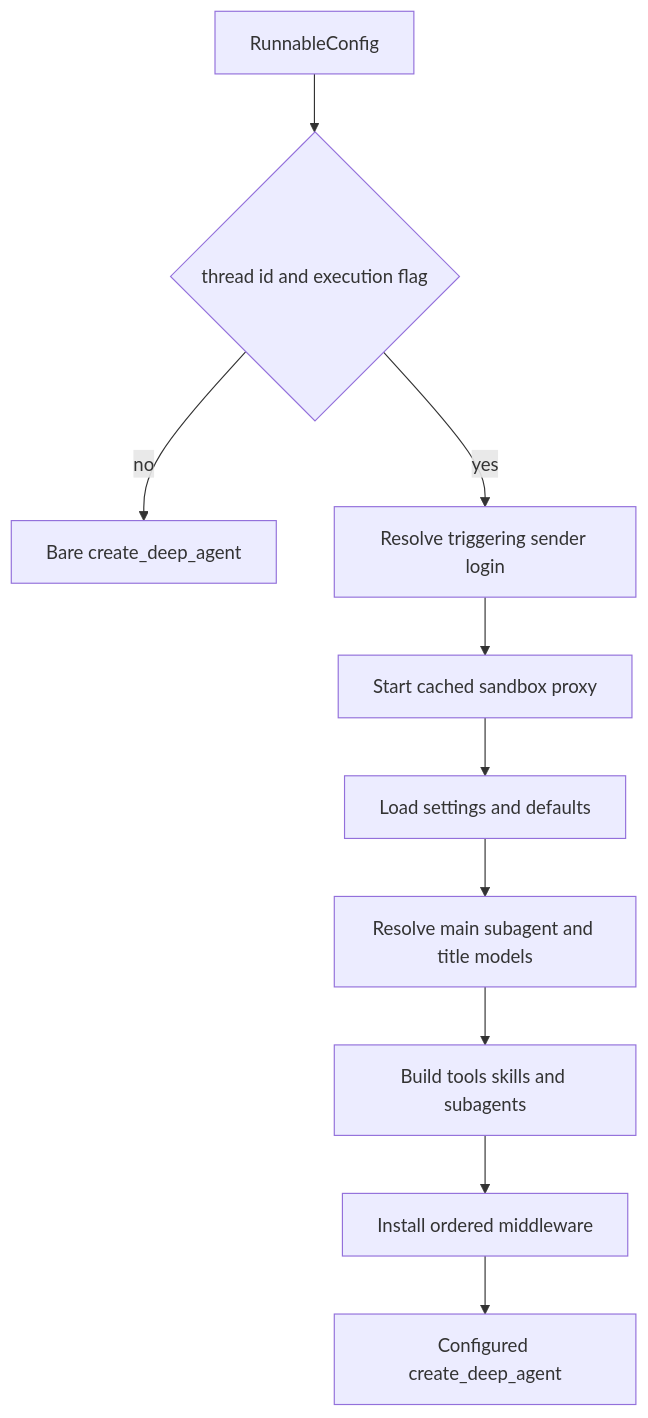
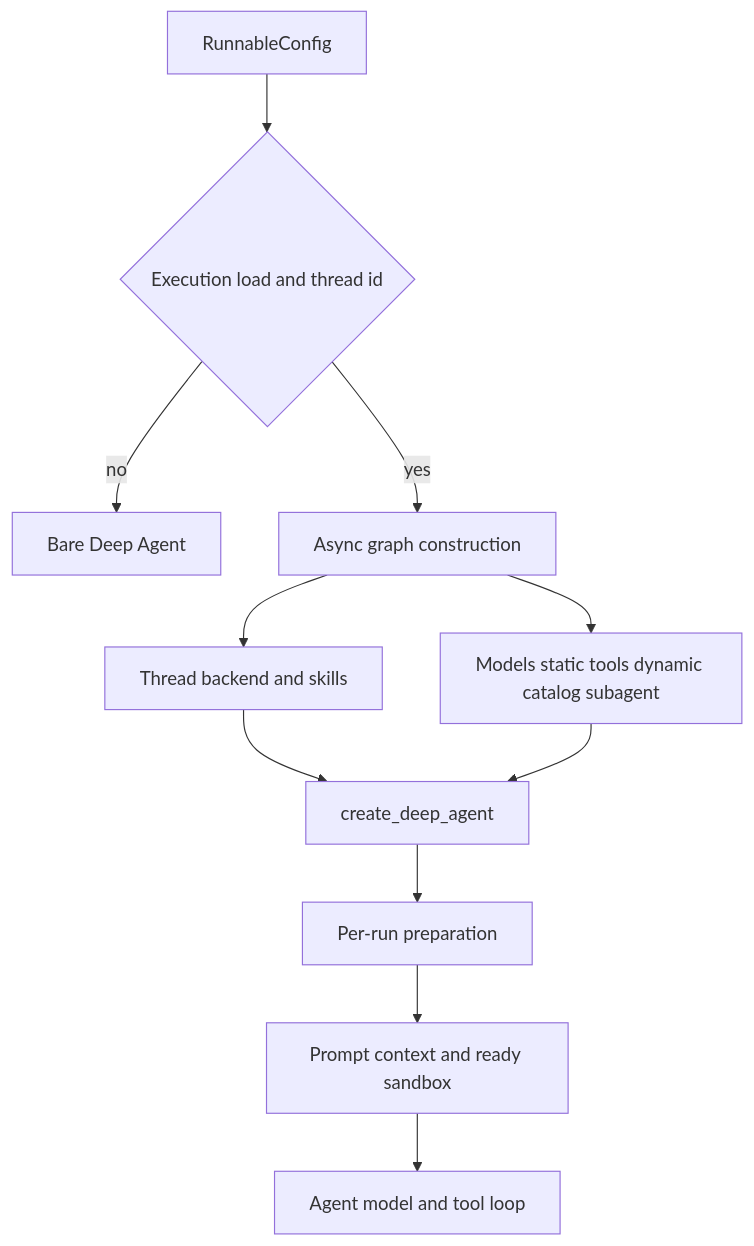
One commit to langchain-ai/open-swe changed the diagram in openwiki/architecture/agent-graph.md. Above: the diagram before and after it, drawn with Mermaid. The commit also changed other lines of this file and 52 other files, not shown here.

````diff
--- a/openwiki/architecture/agent-graph.md
+++ b/openwiki/architecture/agent-graph.md
@@ -61,12 +42,13 @@
 ```mermaid
 flowchart TD
-    Input["RunnableConfig"] --> Gate{"thread id and execution flag"}
-    Gate -- no --> Bare["Bare create_deep_agent"]
-    Gate -- yes --> Sender["Resolve triggering sender login"]
-    Sender --> Proxy["Start cached sandbox proxy"]
-    Proxy --> Settings["Load settings and defaults"]
-    Settings --> Models["Resolve main subagent and title models"]
-    Models --> Surface["Build tools skills and subagents"]
-    Surface --> Stack["Install ordered middleware"]
-    Stack --> Graph["Configured create_deep_agent"]
+    Input["RunnableConfig"] --> Gate{"Execution load and thread id"}
+    Gate -- no --> Bare["Bare Deep Agent"]
+    Gate -- yes --> Build["Async graph construction"]
+    Build --> Backend["Thread backend and skills"]
+    Build --> Surface["Models static tools dynamic catalog subagent"]
+    Backend --> Compile["create_deep_agent"]
+    Surface --> Compile
+    Compile --> Prepare["Per-run preparation"]
+    Prepare --> Ready["Prompt context and ready sandbox"]
+    Ready --> Loop["Agent model and tool loop"]
 ```
````
